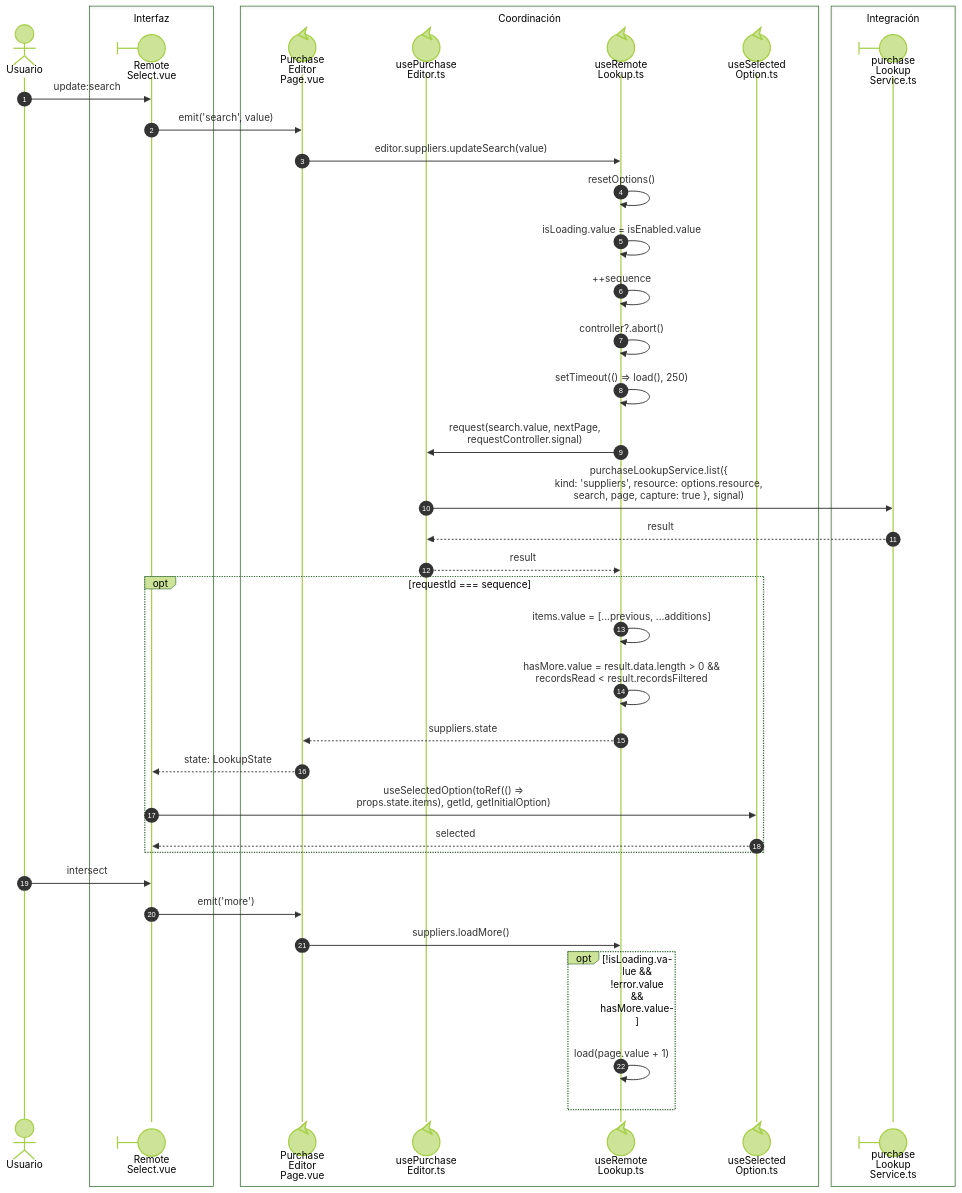
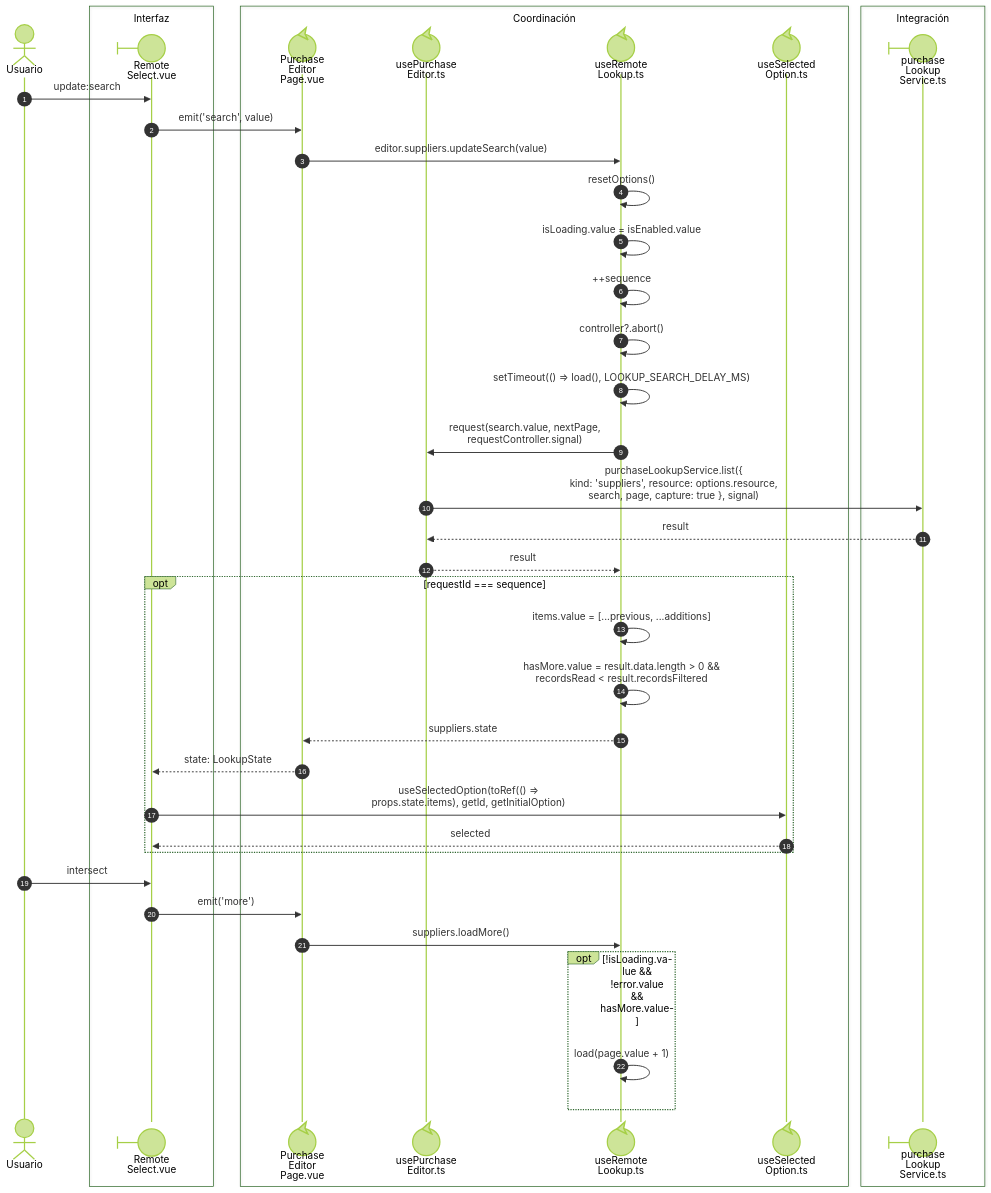
The second of 2 diagrams in front/docs/architecture/views/processes/02-shared-runtime/03-remote-lookup.md (gpgsistemas01/nexus), drawn with Mermaid (forest theme) before and after one commit. The commit also changed other lines of this file and 41 other files, not shown here.

````diff
--- a/front/docs/architecture/views/processes/02-shared-runtime/03-remote-lookup.md
+++ b/front/docs/architecture/views/processes/02-shared-runtime/03-remote-lookup.md
@@ -50,43 +54,43 @@
 ```mermaid
 sequenceDiagram
     autonumber
     actor U as Usuario
     box Interfaz
     participant Select@{ "type": "boundary" } as Remote<br/>Select.vue
     end
     box Coordinación
     participant Page@{ "type": "control" } as Purchase<br/>Editor<br/>Page.vue
     participant Editor@{ "type": "control" } as usePurchase<br/>Editor.ts
     participant Lookup@{ "type": "control" } as useRemote<br/>Lookup.ts
     participant Selection@{ "type": "control" } as useSelected<br/>Option.ts
     end
     box Integración
     participant Service@{ "type": "boundary" } as purchase<br/>Lookup<br/>Service.ts
     end
     U->>Select: nowrap: update:search
     Select->>Page: nowrap: emit('search', value)
     Page->>Lookup: nowrap: editor.suppliers.updateSearch(value)
     Lookup->>Lookup: nowrap: resetOptions()
     Lookup->>Lookup: nowrap: isLoading.value = isEnabled.value
     Lookup->>Lookup: nowrap: ++sequence
     Lookup->>Lookup: nowrap: controller?.abort()
-    Lookup->>Lookup: nowrap: setTimeout(() => load(), 250)
+    Lookup->>Lookup: nowrap: setTimeout(() => load(), LOOKUP_SEARCH_DELAY_MS)
     Lookup->>Editor: nowrap: request(search.value, nextPage,<br/>requestController.signal)
     Editor->>Service: nowrap: purchaseLookupService.list({<br/>kind: 'suppliers', resource: options.resource,<br/>search, page, capture: true }, signal)
     Service-->>Editor: nowrap: result
     Editor-->>Lookup: nowrap: result
     opt nowrap: requestId === sequence
         Lookup->>Lookup: nowrap: items.value = [...previous, ...additions]
         Lookup->>Lookup: nowrap: hasMore.value = result.data.length > 0 &&<br/>recordsRead < result.recordsFiltered
         Lookup-->>Page: nowrap: suppliers.state
         Page-->>Select: nowrap: state: LookupState
         Select->>Selection: nowrap: useSelectedOption(toRef(() =><br/>props.state.items), getId, getInitialOption)
         Selection-->>Select: nowrap: selected
     end
     U->>Select: nowrap: intersect
     Select->>Page: nowrap: emit('more')
     Page->>Lookup: nowrap: suppliers.loadMore()
     opt nowrap: !isLoading.value && !error.value && hasMore.value
         Lookup->>Lookup: nowrap: load(page.value + 1)
     end
 ```
````
